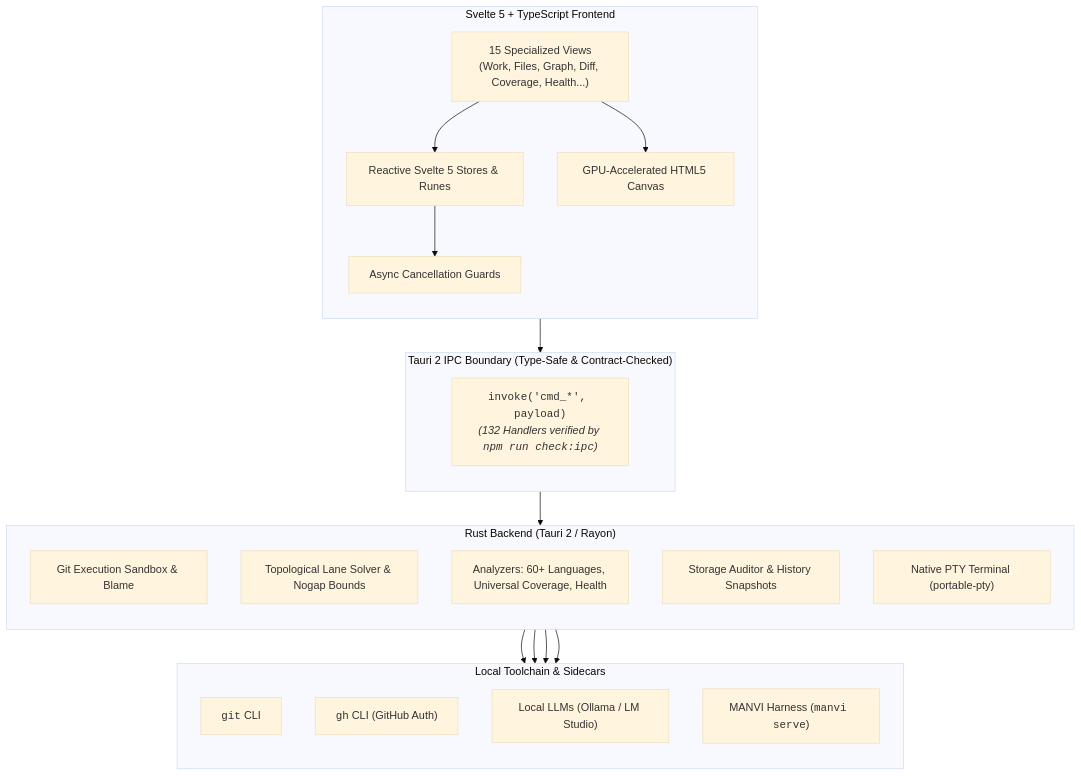
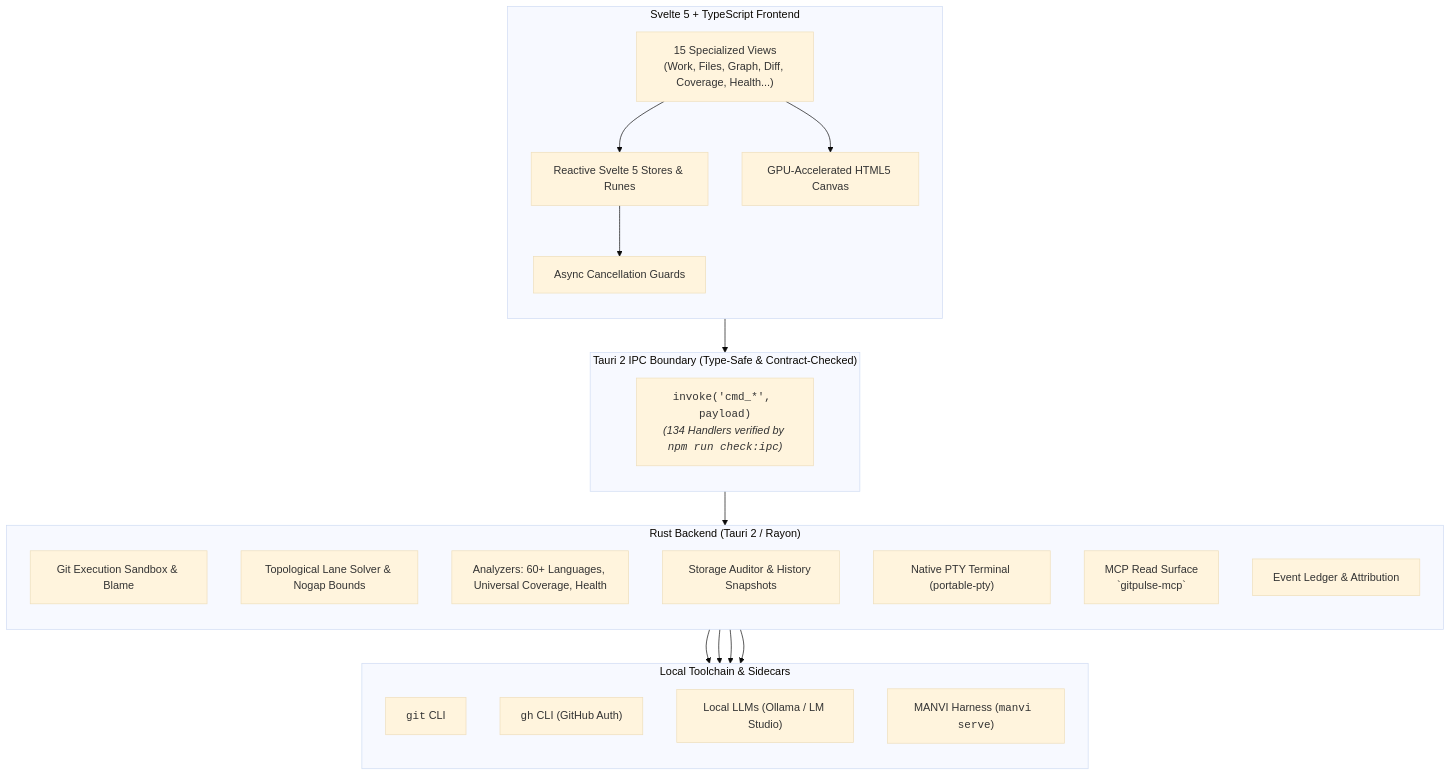
The first of 4 diagrams in README.md (bharathvbcr/GitPulse), drawn with Mermaid (base theme) before and after one commit. The commit also changed other lines of this file and 119 other files, not shown here.

````diff
--- a/README.md
+++ b/README.md
@@ -43,43 +43,45 @@
 ```mermaid
 flowchart TB
     subgraph Frontend["Svelte 5 + TypeScript Frontend"]
         direction TB
         Views["15 Specialized Views<br/>(Work, Files, Graph, Diff, Coverage, Health...)"]
         Stores["Reactive Svelte 5 Stores & Runes"]
         CanvasEngine["GPU-Accelerated HTML5 Canvas"]
         AsyncGuards["Async Cancellation Guards"]
         
         Views --> Stores
         Views --> CanvasEngine
         Stores --> AsyncGuards
     end
 
     subgraph IPC["Tauri 2 IPC Boundary (Type-Safe & Contract-Checked)"]
         direction TB
-        IPCBridge["<code>invoke('cmd_*', payload)</code><br/><i>(132 Handlers verified by <code>npm run check:ipc</code>)</i>"]
+        IPCBridge["<code>invoke('cmd_*', payload)</code><br/><i>(134 Handlers verified by <code>npm run check:ipc</code>)</i>"]
     end
 
     subgraph Backend["Rust Backend (Tauri 2 / Rayon)"]
         direction TB
         GitSandbox["Git Execution Sandbox & Blame"]
         GraphSolver["Topological Lane Solver & Nogap Bounds"]
         Analyzers["Analyzers: 60+ Languages, Universal Coverage, Health"]
         StorageEngine["Storage Auditor & History Snapshots"]
         TerminalPTY["Native PTY Terminal (portable-pty)"]
+        MCPServer["MCP Read Surface<br/>`gitpulse-mcp`"]
+        Ledger["Event Ledger & Attribution"]
     end
 
     subgraph LocalTools["Local Toolchain & Sidecars"]
         direction TB
         GitCLI["<code>git</code> CLI"]
         GhCLI["<code>gh</code> CLI (GitHub Auth)"]
         LocalAI["Local LLMs (Ollama / LM Studio)"]
         ManviSidecar["MANVI Harness (<code>manvi serve</code>)"]
     end
 
     AsyncGuards --> IPCBridge
     IPCBridge --> Backend
     GitSandbox --> GitCLI
     Analyzers --> GhCLI
     Analyzers --> LocalAI
     Backend --> ManviSidecar
 ```
````
